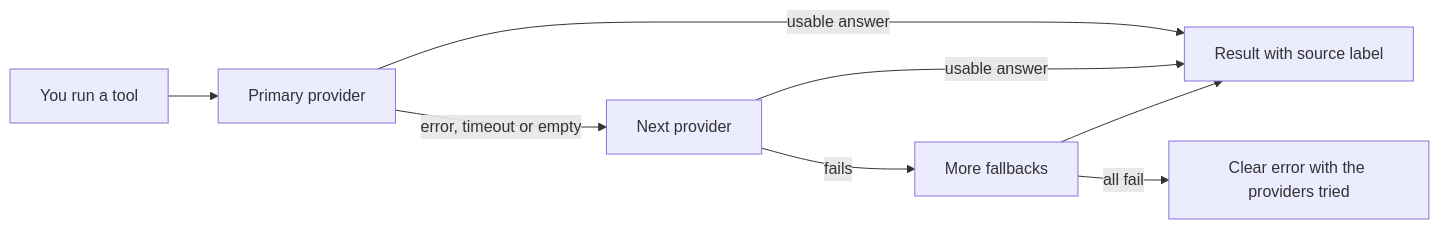
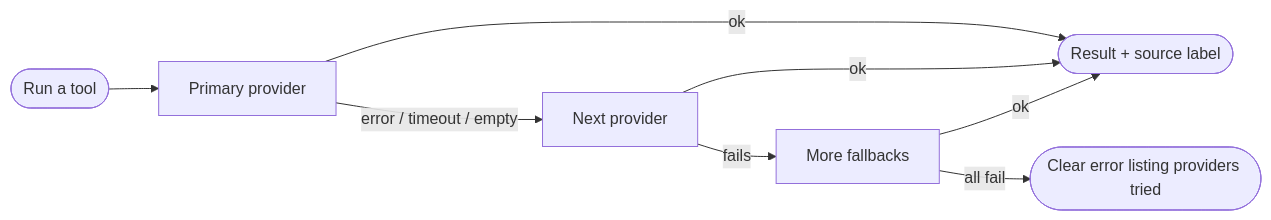
The diagram in README.md (raufzen/Rauf-Browser-), drawn with Mermaid before and after one commit. The commit also changed other lines of this file, not shown here.

````diff
--- a/README.md
+++ b/README.md
@@ -88,10 +103,10 @@
 ```mermaid
 flowchart LR
-    A[You run a tool] --> B[Primary provider]
-    B -- usable answer --> R[Result with source label]
-    B -- error, timeout or empty --> C[Next provider]
-    C -- usable answer --> R
+    A([Run a tool]) --> B[Primary provider]
+    B -- ok --> R([Result + source label])
+    B -- error / timeout / empty --> C[Next provider]
+    C -- ok --> R
     C -- fails --> D[More fallbacks]
-    D --> R
-    D -- all fail --> E[Clear error with the providers tried]
+    D -- ok --> R
+    D -- all fail --> E([Clear error listing providers tried])
 ```
````
